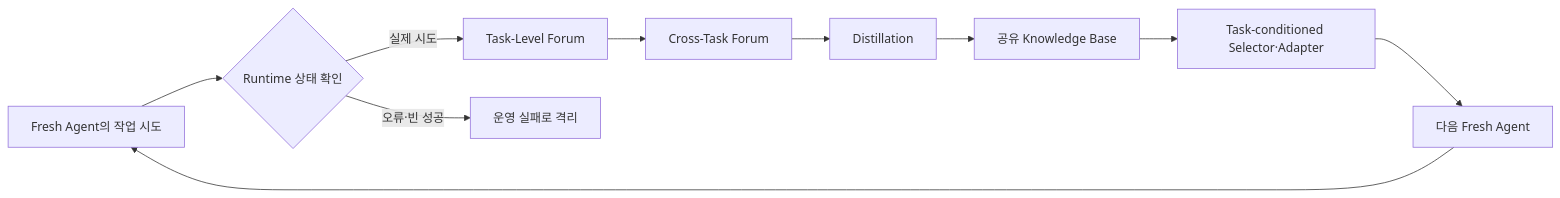
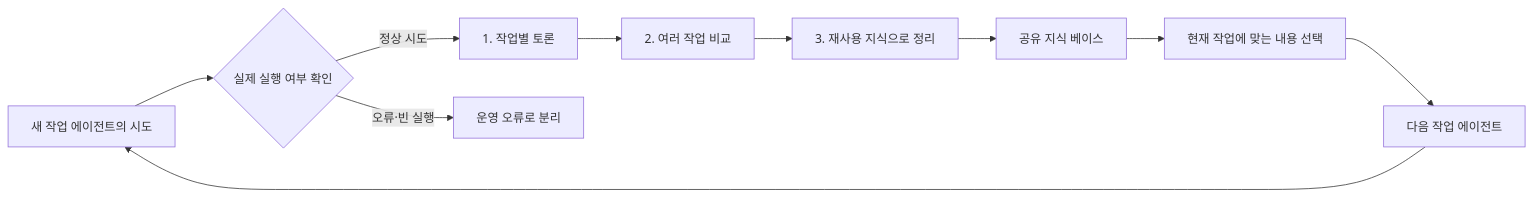
The first of 2 diagrams in content/notes/knowledge-centric-self-improvement.md (tteggu87/tteggu87.github.io), drawn with Mermaid before and after one commit. The commit also changed other lines of this file, not shown here.

Commit message:
Polish knowledge-centric self-improvement article for readability

````diff
--- a/content/notes/knowledge-centric-self-improvement.md
+++ b/content/notes/knowledge-centric-self-improvement.md
@@ -105,12 +94,12 @@
 ```mermaid
 flowchart LR
-    A[Fresh Agent의 작업 시도] --> N{Runtime 상태 확인}
-    N -->|실제 시도| B[Task-Level Forum]
-    N -->|오류·빈 성공| Z[운영 실패로 격리]
-    B --> C[Cross-Task Forum]
-    C --> D[Distillation]
-    D --> E[공유 Knowledge Base]
-    E --> S[Task-conditioned Selector·Adapter]
-    S --> F[다음 Fresh Agent]
+    A[새 작업 에이전트의 시도] --> N{실제 실행 여부 확인}
+    N -->|정상 시도| B[1. 작업별 토론]
+    N -->|오류·빈 실행| Z[운영 오류로 분리]
+    B --> C[2. 여러 작업 비교]
+    C --> D[3. 재사용 지식으로 정리]
+    D --> E[공유 지식 베이스]
+    E --> S[현재 작업에 맞는 내용 선택]
+    S --> F[다음 작업 에이전트]
     F --> A
 ```
````
